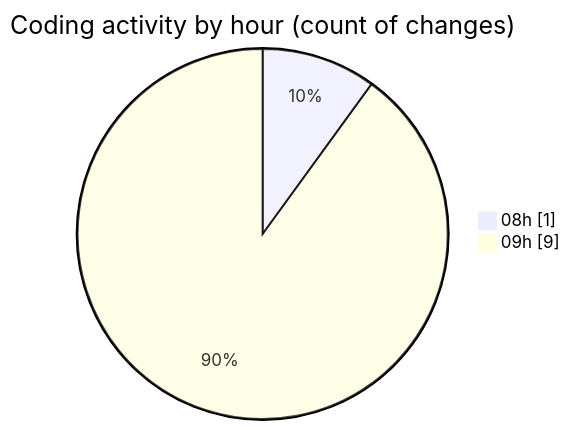
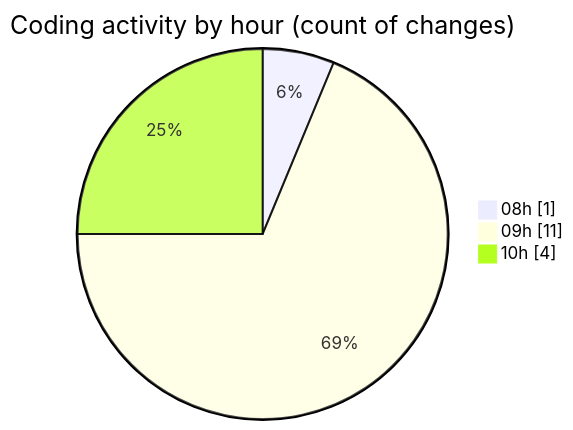
Before and after one commit to momahboobian/code-tracking: the second of 2 diagrams in 2026-04-14/cda/README.md, drawn with Mermaid. The commit also changed other lines of this file and 1 other file, not shown here.

````diff
--- a/2026-04-14/cda/README.md
+++ b/2026-04-14/cda/README.md
@@ -36,6 +41,7 @@
 ```mermaid
 pie showData
 title Coding activity by hour (count of changes)
 "08h" : 1
-"09h" : 9
+"09h" : 11
+"10h" : 4
 ```
````
